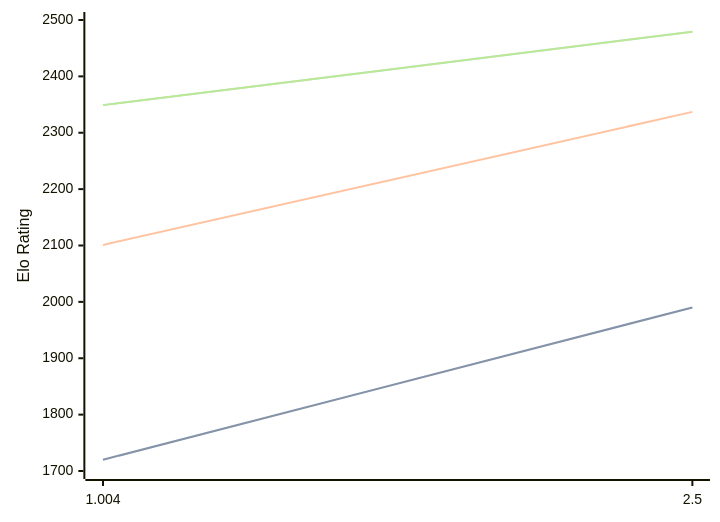
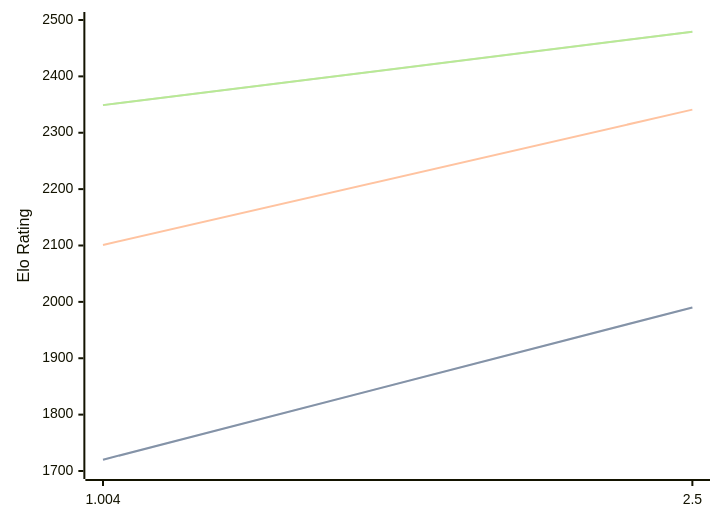
Before and after one commit to computer-chess-index/cci: the diagram in engines/Ares.md, drawn with Mermaid. The commit also changed other lines of this file, not shown here.

````diff
--- a/engines/Ares.md
+++ b/engines/Ares.md
@@ -32,11 +32,11 @@
 ```mermaid
 %%{init: {"theme":"base","themeVariables":{"seriesColors:['#a3a3a3','#222221','#faa371']}}}%%
 xychart-beta
   x-axis ["1.004", "2.5"]
   y-axis "Elo Rating" 1700 --> 2500
   line "STC (8.0+0.08s)" [1720, 1990]
   line "STC (8.0+0.08s)" [1720, 1990]
-  line "LTC (60.0+0.60s)" [2101, 2337]
+  line "LTC (60.0+0.60s)" [2101, 2341]
   line "VLTC (2m24s+1.12s)" [2349, 2479]
   line "VLTC (2m24s+1.12s)" [2349, 2479]
 ```
````
